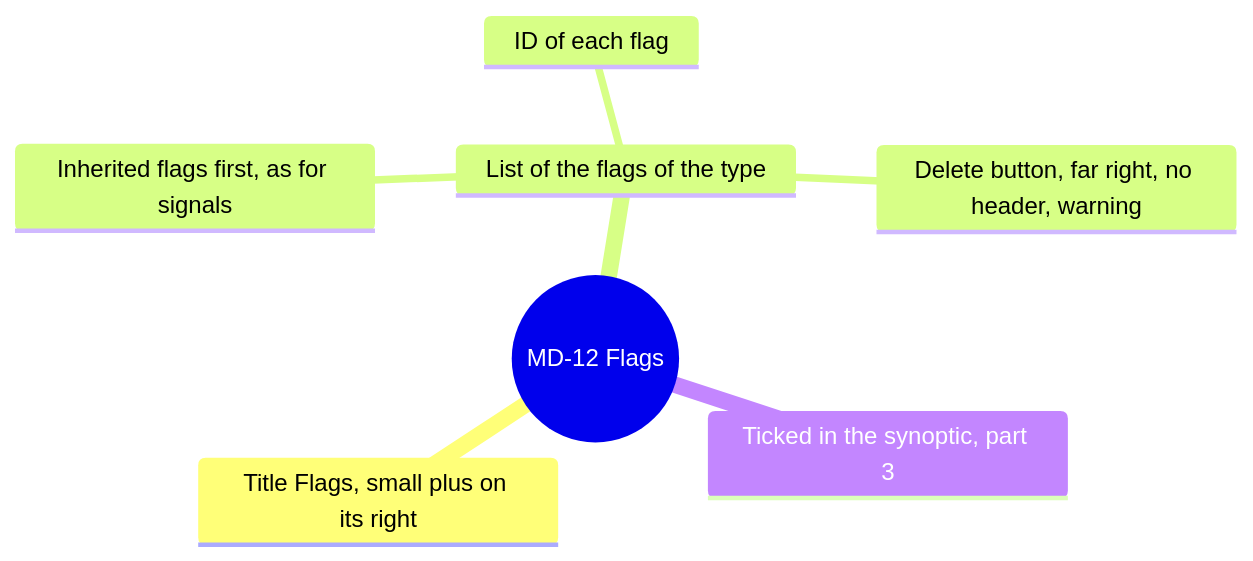
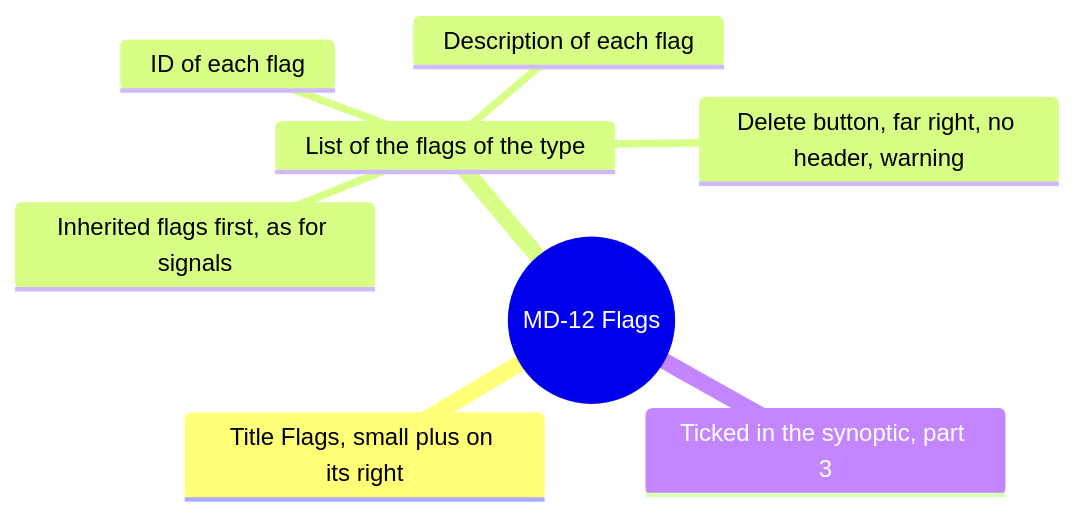
Diagram 16 of 16 in screens/metadata.md (AlexandreGallais/synoptic-studio-spec), drawn with Mermaid before and after one commit. The commit also changed other lines of this file and 3 other files, not shown here.

First line of the commit message:
docs(flags): give each flag an id and a description

````diff
--- a/screens/metadata.md
+++ b/screens/metadata.md
@@ -529,10 +529,11 @@
 ```mermaid
 mindmap
   root((MD-12 Flags))
     Title Flags, small plus on its right
     List of the flags of the type
       Inherited flags first, as for signals
       ID of each flag
+      Description of each flag
       Delete button, far right, no header, warning
     Ticked in the synoptic, part 3
 ```
````
